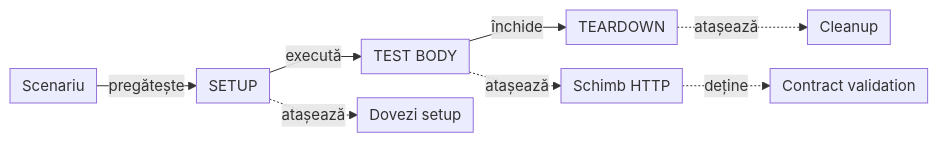
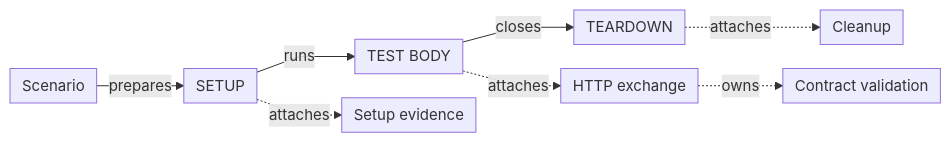
Before and after one commit to crististefanita/atf_j0: the third of 11 diagrams in docs/ATF_Reporting_Contract.md, drawn with Mermaid. The commit also changed other lines of this file and 113 other files, not shown here.

````diff
--- a/docs/ATF_Reporting_Contract.md
+++ b/docs/ATF_Reporting_Contract.md
@@ -138,11 +136,11 @@
 ```mermaid
 %%{init: {"themeVariables":{"fontSize":"15px"},"themeCSS":".nodeLabel, .nodeLabel p { font-size: 15px !important; line-height: 1.35 !important; } .edgeLabel, .edgeLabel p { font-size: 12px !important; font-weight: 400 !important; line-height: 1.2 !important; } .edgeLabel .labelBkg, .edgeLabel p { background: transparent !important; } .edgeLabel foreignObject { transform: translateY(-18px); overflow: visible; } .node rect { rx: 6px; ry: 6px; }","flowchart":{"curve":"linear","nodeSpacing":24,"rankSpacing":24,"padding":6,"diagramPadding":20}}}%%
 flowchart LR
-    Scenario["Scenariu"] -->|pregătește| Setup[SETUP]
-    Setup -->|execută| Body[TEST BODY]
-    Body -->|închide| Teardown[TEARDOWN]
-    Setup -. atașează .-> SetupEvidence["Dovezi setup"]
-    Body -. atașează .-> BodyRequest["Schimb HTTP"]
-    BodyRequest -. deține .-> BodyValidation["Contract validation"]
-    Teardown -. atașează .-> Cleanup["Cleanup"]
+    Scenario["Scenario"] -->|prepares| Setup[SETUP]
+    Setup -->|runs| Body[TEST BODY]
+    Body -->|closes| Teardown[TEARDOWN]
+    Setup -. attaches .-> SetupEvidence["Setup evidence"]
+    Body -. attaches .-> BodyRequest["HTTP exchange"]
+    BodyRequest -. owns .-> BodyValidation["Contract validation"]
+    Teardown -. attaches .-> Cleanup["Cleanup"]
 ```
````
